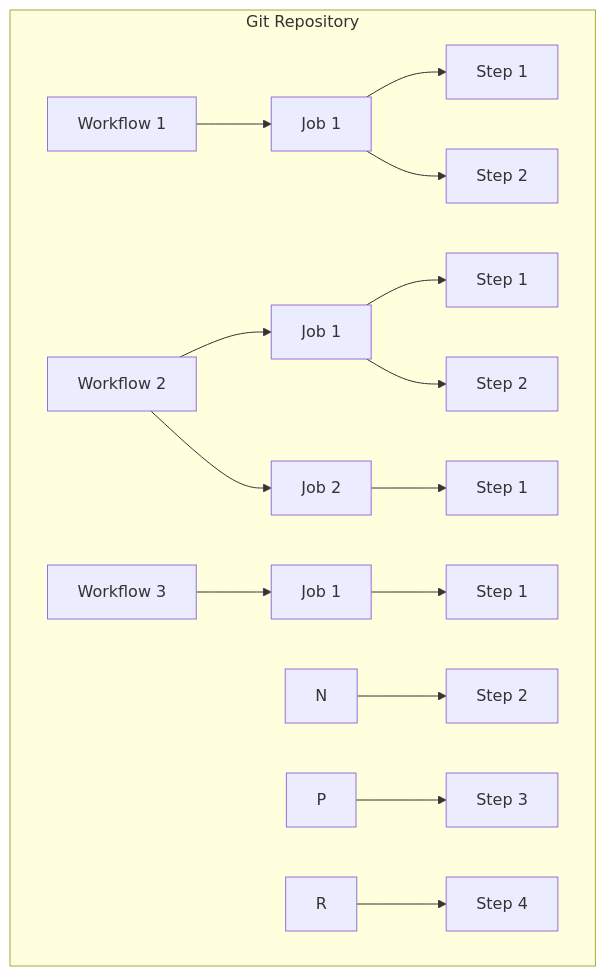
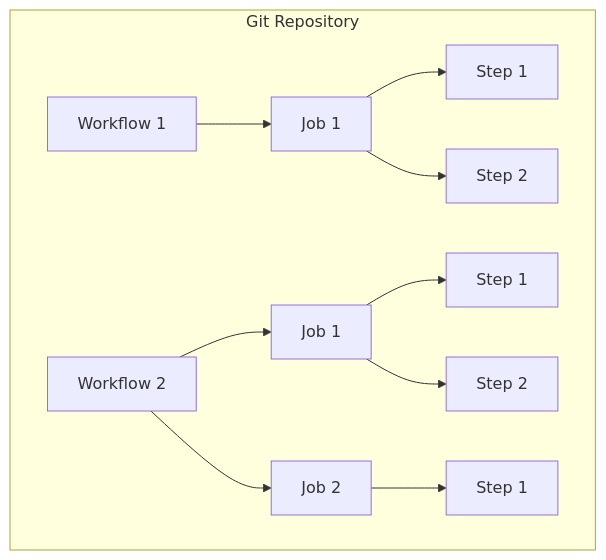
The diagram in content/posts/training/GitHub/GitHub Actions - The Complete Guide/03-github-actions-fundamentals/index.md (rtdevx/rtdevx.github.io), drawn with Mermaid before and after one commit.

Commit message:
Obsidian sync: 2025-12-08 10:26:43

```diff
--- a/content/posts/training/GitHub/GitHub Actions - The Complete Guide/03-github-actions-fundamentals/index.md
+++ b/content/posts/training/GitHub/GitHub Actions - The Complete Guide/03-github-actions-fundamentals/index.md
@@ -21,27 +21,20 @@
 {{< mermaid >}}
 flowchart TD
     subgraph Repo[Git Repository]
     %% Workflow 1
     A[Workflow 1] --> B[Job 1]
     B --> C[Step 1]
     B --> D[Step 2]
 
     %% Workflow 2
     E[Workflow 2] --> F[Job 1]
     E --> I[Job 2]
 
     %% Steps for Job 1
     F --> G[Step 1]
     F --> H[Step 2]
 
     %% Steps for Job 2
     I --> J[Step 1]
-
-    %% Workflow 3
-    K[Workflow 3] --> L[Job 1]
-    L --> M[Step 1]
-    N --> O[Step 2]
-    P --> Q[Step 3]
-    R --> S[Step 4]
     end
 {{< /mermaid >}}
```
